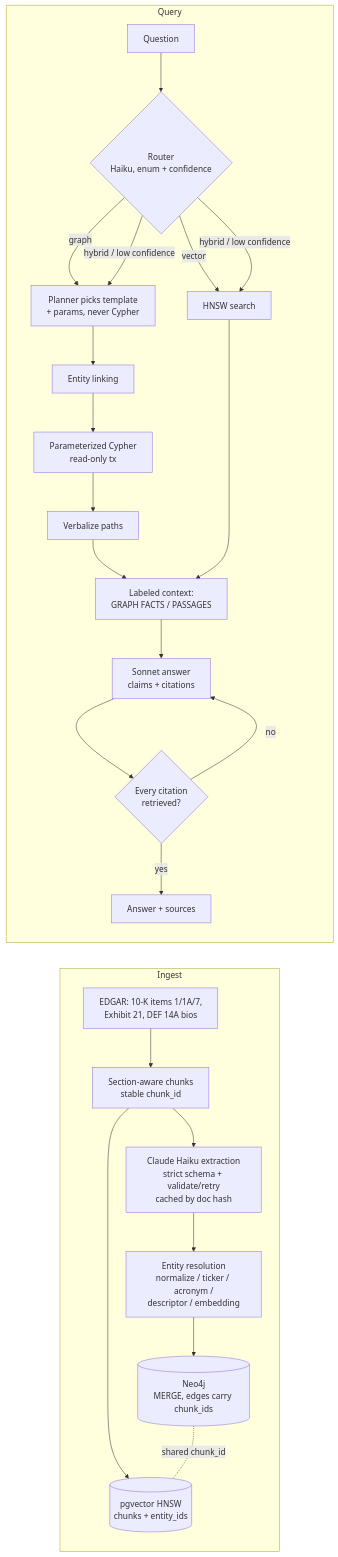
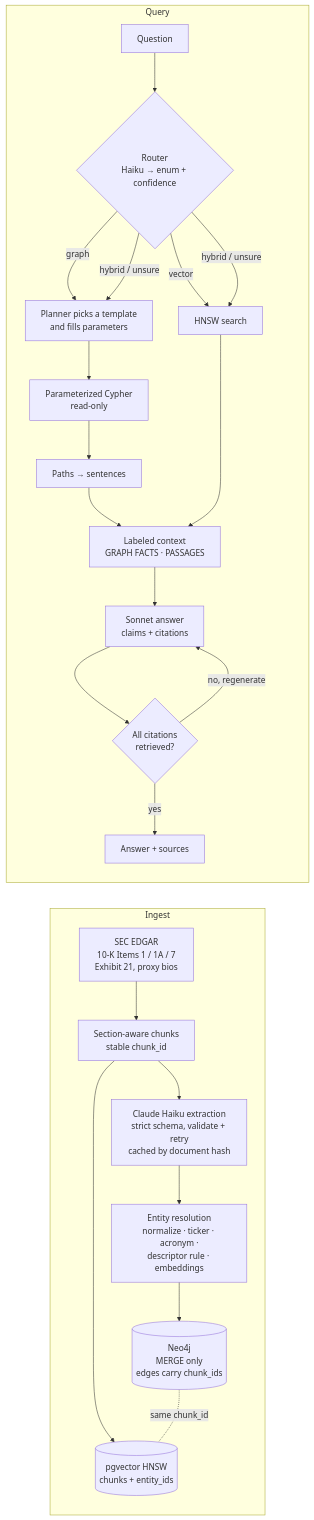
One commit to sharmaakhil-work/hopgraph changed the diagram in README.md. Above: the diagram before and after it, drawn with Mermaid. The commit also changed other lines of this file and 75 other files, not shown here.

````diff
--- a/README.md
+++ b/README.md
@@ -23,23 +38,23 @@
 ```mermaid
 flowchart LR
   subgraph Ingest
-    E[EDGAR: 10-K items 1/1A/7,<br/>Exhibit 21, DEF 14A bios] --> C[Section-aware chunks<br/>stable chunk_id]
-    C --> X[Claude Haiku extraction<br/>strict schema + validate/retry<br/>cached by doc hash]
-    X --> R[Entity resolution<br/>normalize / ticker / acronym /<br/>descriptor / embedding]
-    R --> N[(Neo4j<br/>MERGE, edges carry chunk_ids)]
+    E[SEC EDGAR<br/>10-K Items 1 / 1A / 7<br/>Exhibit 21, proxy bios] --> C[Section-aware chunks<br/>stable chunk_id]
+    C --> X[Claude Haiku extraction<br/>strict schema, validate + retry<br/>cached by document hash]
+    X --> R[Entity resolution<br/>normalize · ticker · acronym ·<br/>descriptor rule · embeddings]
+    R --> N[(Neo4j<br/>MERGE only<br/>edges carry chunk_ids)]
     C --> V[(pgvector HNSW<br/>chunks + entity_ids)]
   end
   subgraph Query
-    Q[Question] --> RT{Router<br/>Haiku, enum + confidence}
-    RT -- graph --> P[Planner picks template<br/>+ params, never Cypher]
-    P --> L[Entity linking] --> T[Parameterized Cypher<br/>read-only tx] --> VB[Verbalize paths]
+    Q[Question] --> RT{Router<br/>Haiku → enum + confidence}
+    RT -- graph --> P[Planner picks a template<br/>and fills parameters]
+    P --> T[Parameterized Cypher<br/>read-only] --> VB[Paths → sentences]
     RT -- vector --> VS[HNSW search]
-    RT -- hybrid / low confidence --> P & VS
-    VB --> CTX[Labeled context:<br/>GRAPH FACTS / PASSAGES]
+    RT -- hybrid / unsure --> P & VS
+    VB --> CTX[Labeled context<br/>GRAPH FACTS · PASSAGES]
     VS --> CTX
-    CTX --> G[Sonnet answer<br/>claims + citations] --> CV{Every citation<br/>retrieved?}
-    CV -- no --> G
+    CTX --> G[Sonnet answer<br/>claims + citations] --> CV{All citations<br/>retrieved?}
+    CV -- no, regenerate --> G
     CV -- yes --> A[Answer + sources]
   end
-  N -. shared chunk_id .- V
+  N -. same chunk_id .- V
 ```
````
